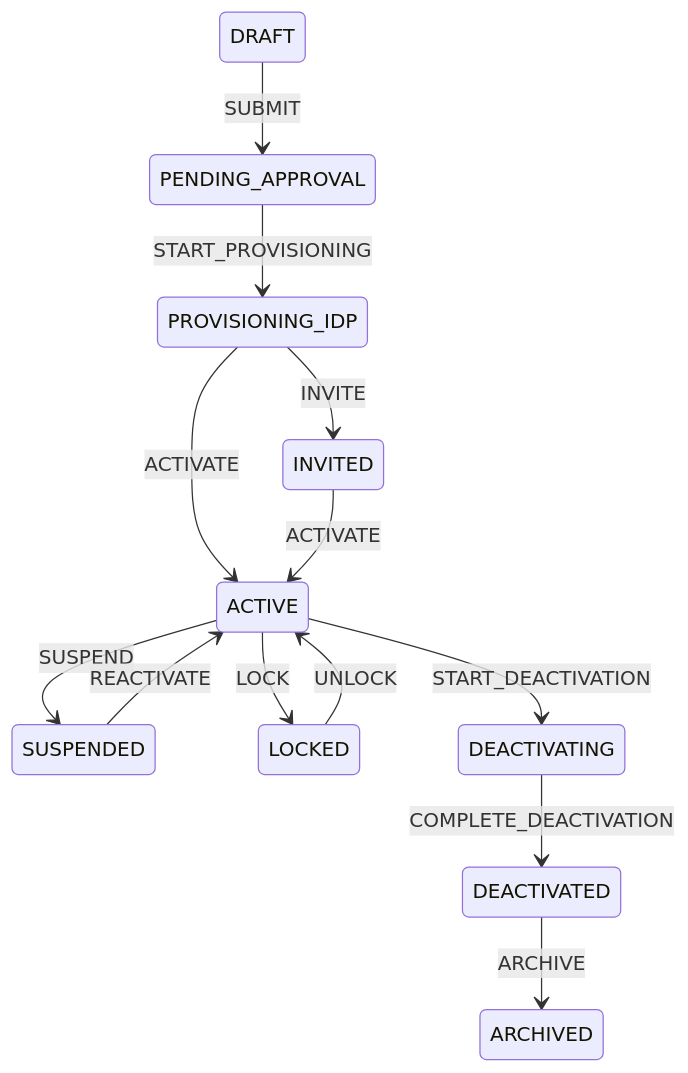
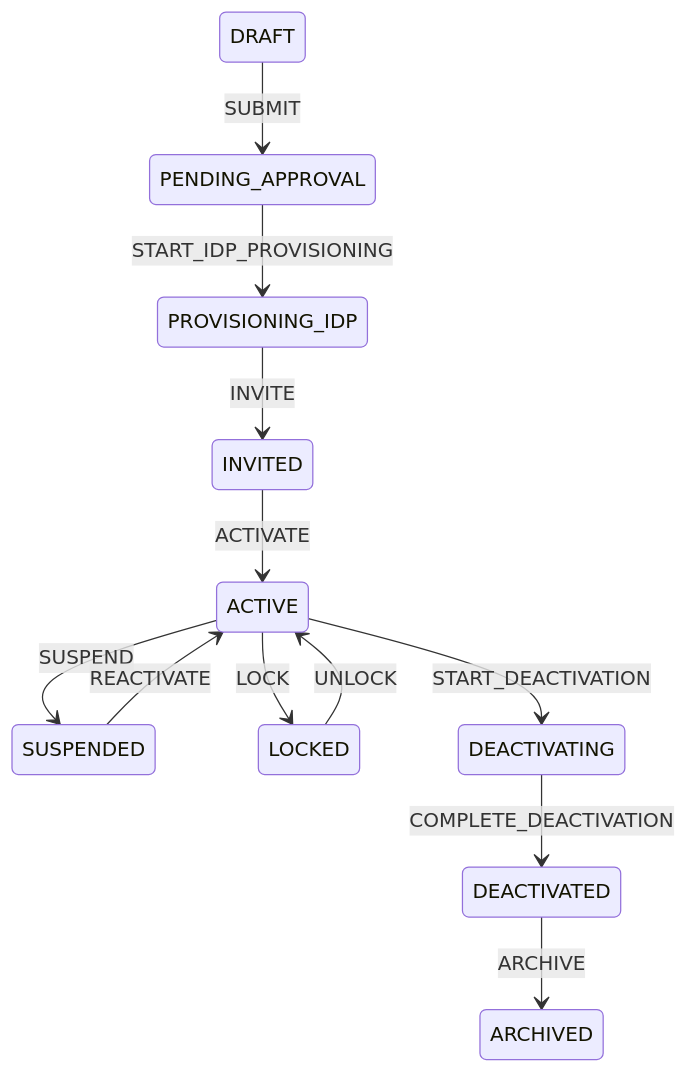
The third of 5 diagrams in docs/architecture/lifecycle-fsm.md (kevogaba/finaxis-platform), drawn with Mermaid before and after one commit. The commit also changed other lines of this file and 8 other files, not shown here.

````diff
--- a/docs/architecture/lifecycle-fsm.md
+++ b/docs/architecture/lifecycle-fsm.md
@@ -85,15 +96,14 @@
 ```mermaid
 stateDiagram-v2
     DRAFT --> PENDING_APPROVAL: SUBMIT
-    PENDING_APPROVAL --> PROVISIONING_IDP: START_PROVISIONING
+    PENDING_APPROVAL --> PROVISIONING_IDP: START_IDP_PROVISIONING
     PROVISIONING_IDP --> INVITED: INVITE
-    PROVISIONING_IDP --> ACTIVE: ACTIVATE
     INVITED --> ACTIVE: ACTIVATE
     ACTIVE --> SUSPENDED: SUSPEND
     SUSPENDED --> ACTIVE: REACTIVATE
     ACTIVE --> LOCKED: LOCK
     LOCKED --> ACTIVE: UNLOCK
     ACTIVE --> DEACTIVATING: START_DEACTIVATION
     DEACTIVATING --> DEACTIVATED: COMPLETE_DEACTIVATION
     DEACTIVATED --> ARCHIVED: ARCHIVE
 ```
````
